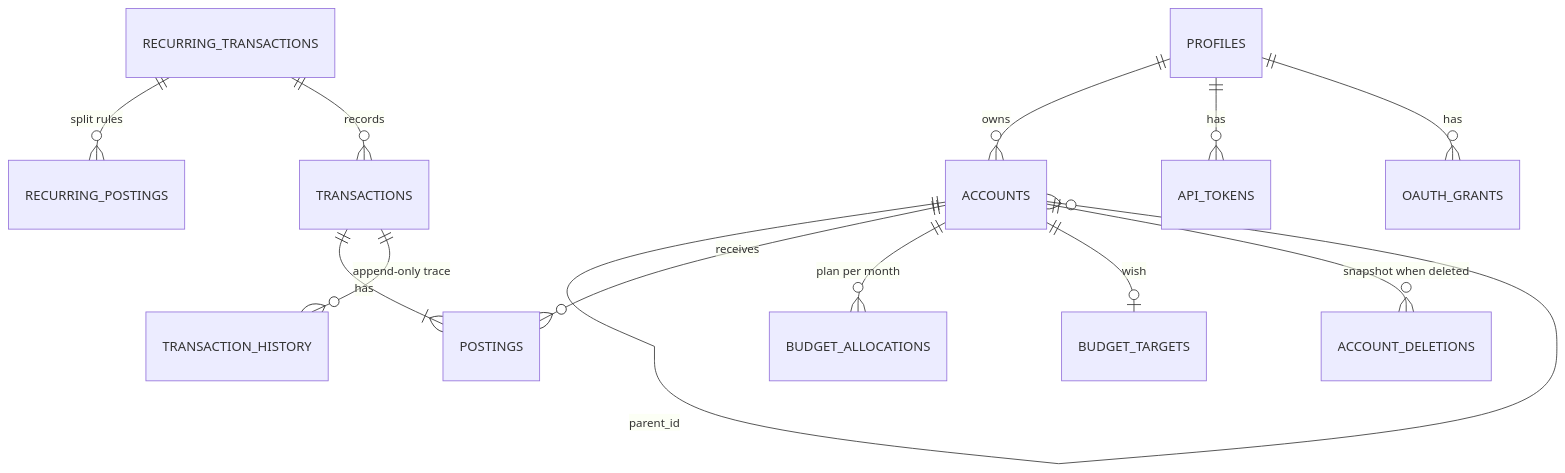
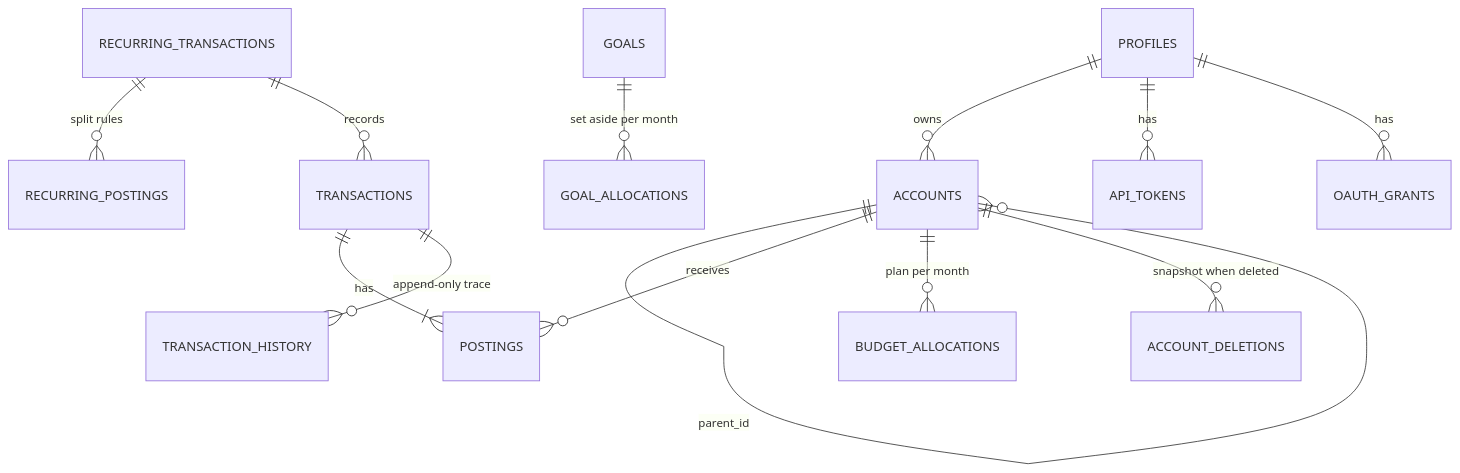
One commit to bijeshmohan/finode changed the first of 2 diagrams in docs/architecture/data-and-ops.md. Above: the diagram before and after it, drawn with Mermaid. The commit also changed other lines of this file and 6 other files, not shown here.

````diff
--- a/docs/architecture/data-and-ops.md
+++ b/docs/architecture/data-and-ops.md
@@ -7,15 +7,15 @@
 ```mermaid
 erDiagram
     PROFILES ||--o{ ACCOUNTS : owns
     ACCOUNTS ||--o{ ACCOUNTS : "parent_id"
     ACCOUNTS ||--o{ POSTINGS : receives
     TRANSACTIONS ||--|{ POSTINGS : has
     TRANSACTIONS ||--o{ TRANSACTION_HISTORY : "append-only trace"
     ACCOUNTS ||--o{ BUDGET_ALLOCATIONS : "plan per month"
-    ACCOUNTS ||--o| BUDGET_TARGETS : "wish"
+    GOALS ||--o{ GOAL_ALLOCATIONS : "set aside per month"
     RECURRING_TRANSACTIONS ||--o{ RECURRING_POSTINGS : "split rules"
     RECURRING_TRANSACTIONS ||--o{ TRANSACTIONS : "records"
     ACCOUNTS ||--o{ ACCOUNT_DELETIONS : "snapshot when deleted"
     PROFILES ||--o{ API_TOKENS : has
     PROFILES ||--o{ OAUTH_GRANTS : has
 ```
````
